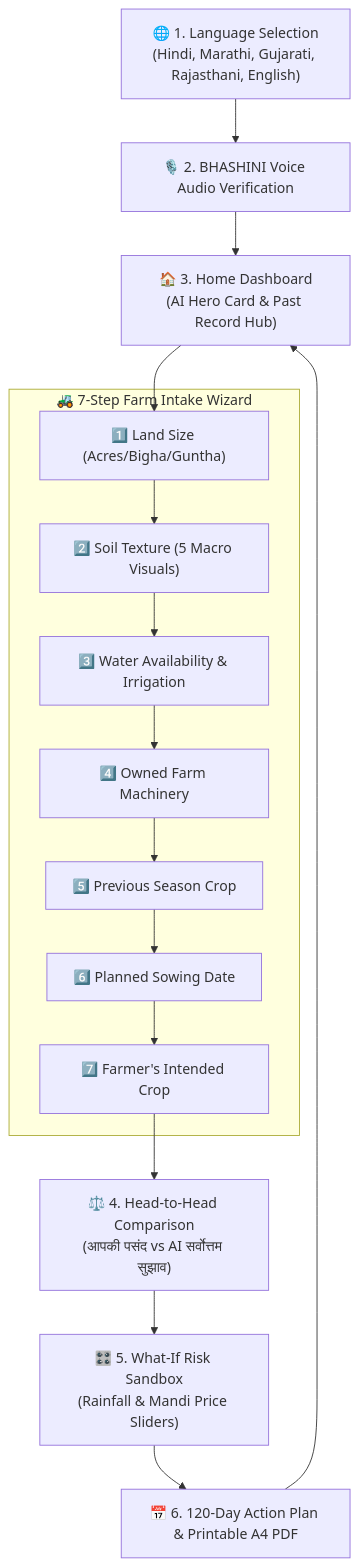
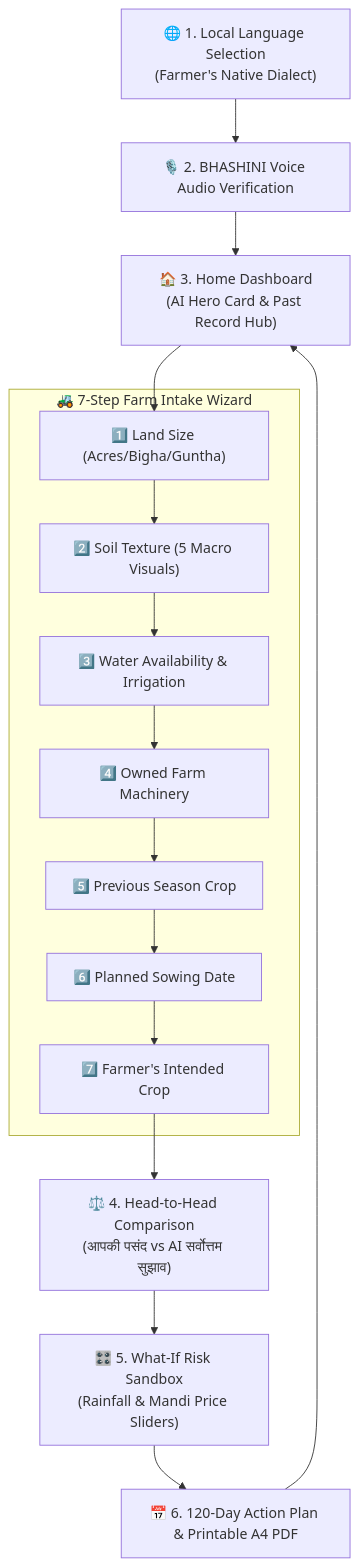
One commit to sujeetaionly/agri-decide-sih changed the second of 2 diagrams in README.md. Above: the diagram before and after it, drawn with Mermaid. The commit also changed other lines of this file, not shown here.

Commit message:
docs: update voice assistant terminology to Local Language Voice Assistant

````diff
--- a/README.md
+++ b/README.md
@@ -212,22 +212,22 @@
 ```mermaid
 flowchart TD
-    A["🌐 1. Language Selection\n(Hindi, Marathi, Gujarati, Rajasthani, English)"] --> B["🎙️ 2. BHASHINI Voice Audio Verification"]
+    A["🌐 1. Local Language Selection\n(Farmer's Native Dialect)"] --> B["🎙️ 2. BHASHINI Voice Audio Verification"]
     B --> C["🏠 3. Home Dashboard\n(AI Hero Card & Past Record Hub)"]
     
     subgraph WIZARD ["🚜 7-Step Farm Intake Wizard"]
         W1["1️⃣ Land Size (Acres/Bigha/Guntha)"]
         W2["2️⃣ Soil Texture (5 Macro Visuals)"]
         W3["3️⃣ Water Availability & Irrigation"]
         W4["4️⃣ Owned Farm Machinery"]
         W5["5️⃣ Previous Season Crop"]
         W6["6️⃣ Planned Sowing Date"]
         W7["7️⃣ Farmer's Intended Crop"]
         W1 --> W2 --> W3 --> W4 --> W5 --> W6 --> W7
     end
     
     C --> W1
     W7 --> D["⚖️ 4. Head-to-Head Comparison\n(आपकी पसंद vs AI सर्वोत्तम सुझाव)"]
     D --> E["🎛️ 5. What-If Risk Sandbox\n(Rainfall & Mandi Price Sliders)"]
     E --> F["📅 6. 120-Day Action Plan & Printable A4 PDF"]
     F --> C
 ```
````
